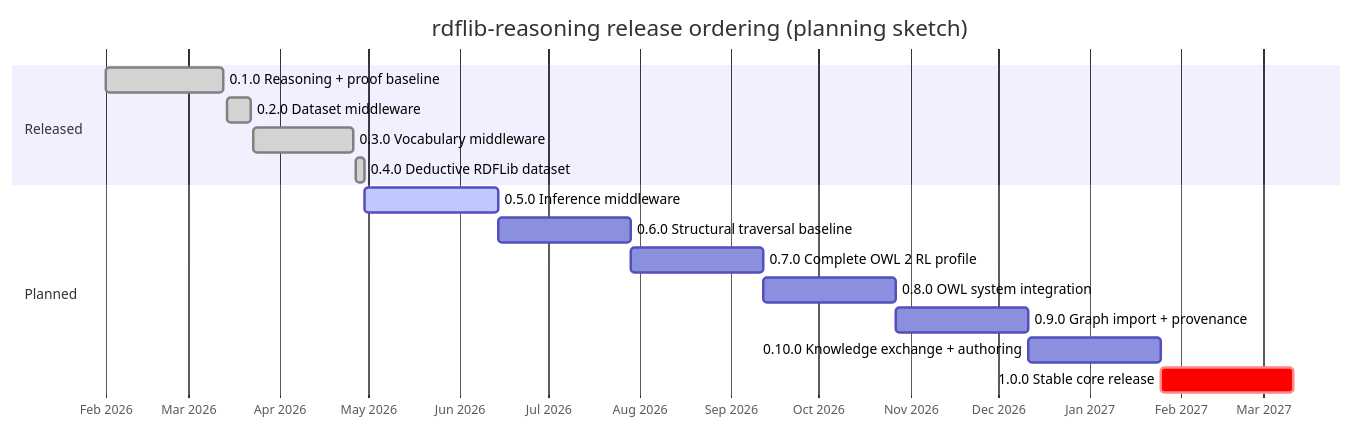
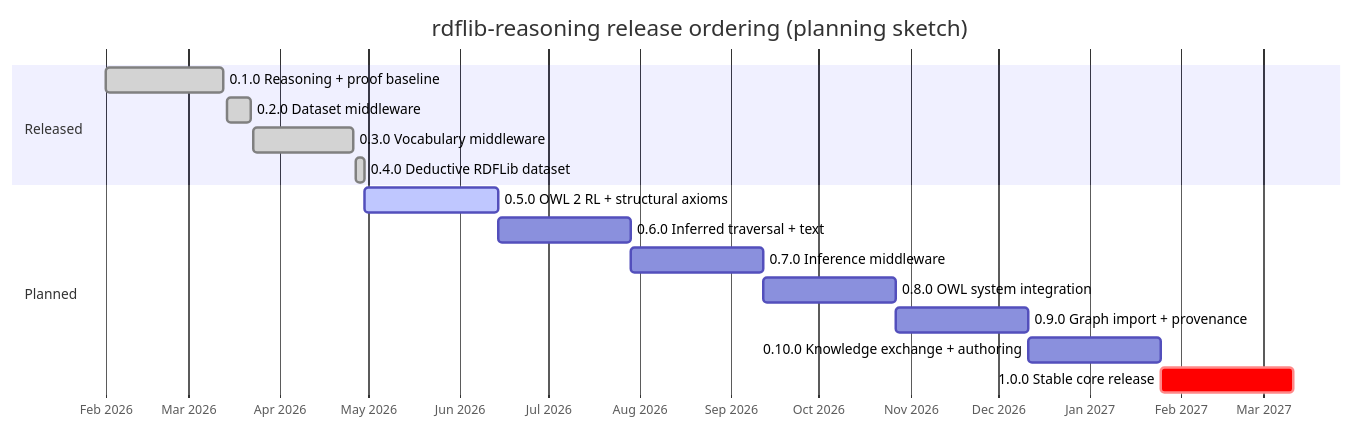
The first of 2 diagrams in docs/dev/roadmap.md (kvjrhall/rdflib-reasoning), drawn with Mermaid before and after one commit. The commit also changed other lines of this file and 4 other files, not shown here.

Commit message:
documentation: Update roadmap planning and trajectory

````diff
--- a/docs/dev/roadmap.md
+++ b/docs/dev/roadmap.md
@@ -24,19 +25,19 @@
 ```mermaid
 gantt
     title rdflib-reasoning release ordering (planning sketch)
     dateFormat  YYYY-MM-DD
     axisFormat  %b %Y
     section Released
     0.1.0 Reasoning + proof baseline      :done,    r010, 2026-02-01, 2026-03-13
     0.2.0 Dataset middleware              :done,    r020, 2026-03-14, 2026-03-22
     0.3.0 Vocabulary middleware           :done,    r030, 2026-03-23, 2026-04-26
     0.4.0 Deductive RDFLib dataset        :done,    r040, 2026-04-27, 2026-04-30
     section Planned
-    0.5.0 Inference middleware            :active,  r050, after r040, 45d
-    0.6.0 Structural traversal baseline   :         r060, after r050, 45d
-    0.7.0 Complete OWL 2 RL profile       :         r070, after r060, 45d
+    0.5.0 OWL 2 RL + structural axioms    :active,  r050, after r040, 45d
+    0.6.0 Inferred traversal + text       :         r060, after r050, 45d
+    0.7.0 Inference middleware            :         r070, after r060, 45d
     0.8.0 OWL system integration          :         r080, after r070, 45d
     0.9.0 Graph import + provenance       :         r090, after r080, 45d
     0.10.0 Knowledge exchange + authoring :         r100, after r090, 45d
     1.0.0 Stable core release             :crit,    r1, after r100, 45d
 ```
````
